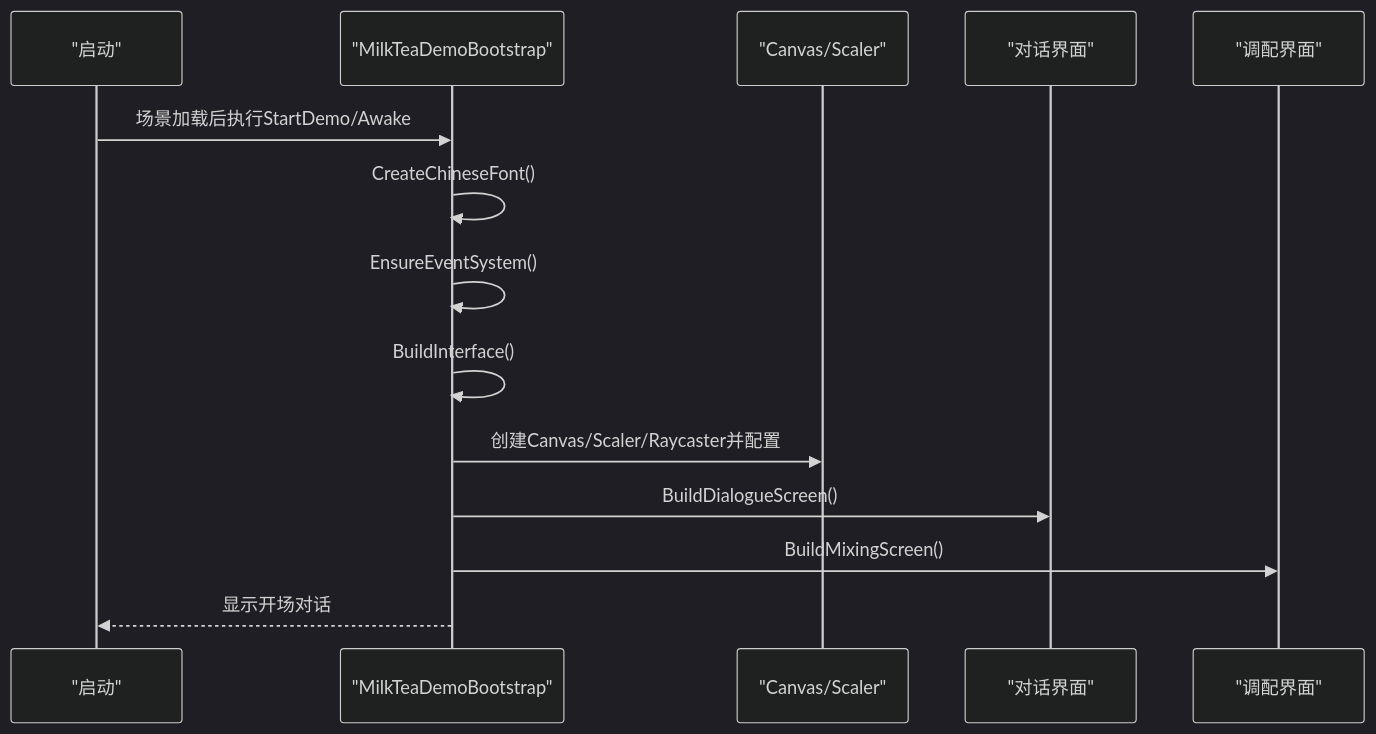
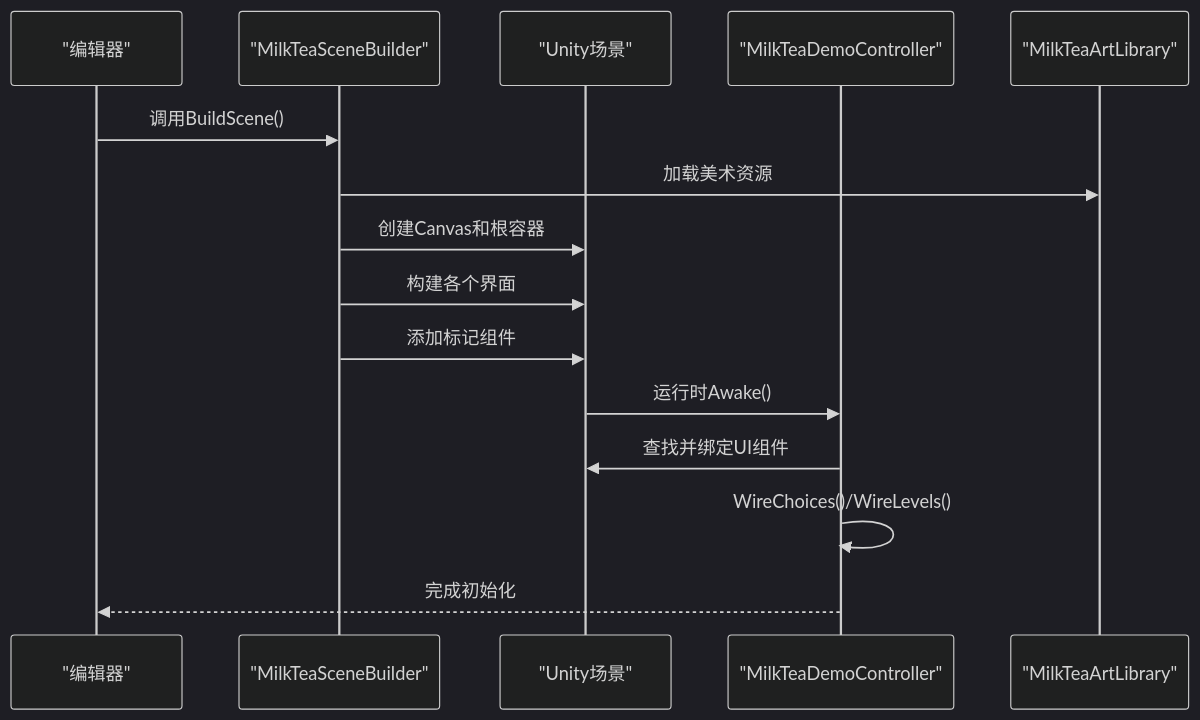
The second of 6 diagrams in .qoder/repowiki/zh/content/UI架构设计.md (Thanatos42/-demo), drawn with Mermaid (dark theme) before and after one commit. The commit also changed other lines of this file and 16 other files, not shown here.

````diff
--- a/.qoder/repowiki/zh/content/UI架构设计.md
+++ b/.qoder/repowiki/zh/content/UI架构设计.md
@@ -59,16 +73,17 @@
 ```mermaid
 sequenceDiagram
-participant Boot as "启动"
-participant Bootstrap as "MilkTeaDemoBootstrap"
-participant Canvas as "Canvas/Scaler"
-participant Dialog as "对话界面"
-participant Mix as "调配界面"
-Boot->>Bootstrap : 场景加载后执行StartDemo/Awake
-Bootstrap->>Bootstrap : CreateChineseFont()
-Bootstrap->>Bootstrap : EnsureEventSystem()
-Bootstrap->>Bootstrap : BuildInterface()
-Bootstrap->>Canvas : 创建Canvas/Scaler/Raycaster并配置
-Bootstrap->>Dialog : BuildDialogueScreen()
-Bootstrap->>Mix : BuildMixingScreen()
-Bootstrap-->>Boot : 显示开场对话
+participant Editor as "编辑器"
+participant Builder as "MilkTeaSceneBuilder"
+participant Scene as "Unity场景"
+participant Controller as "MilkTeaDemoController"
+participant Art as "MilkTeaArtLibrary"
+Editor->>Builder : 调用BuildScene()
+Builder->>Art : 加载美术资源
+Builder->>Scene : 创建Canvas和根容器
+Builder->>Scene : 构建各个界面
+Builder->>Scene : 添加标记组件
+Scene->>Controller : 运行时Awake()
+Controller->>Scene : 查找并绑定UI组件
+Controller->>Controller : WireChoices()/WireLevels()
+Controller-->>Editor : 完成初始化
 ```
````
